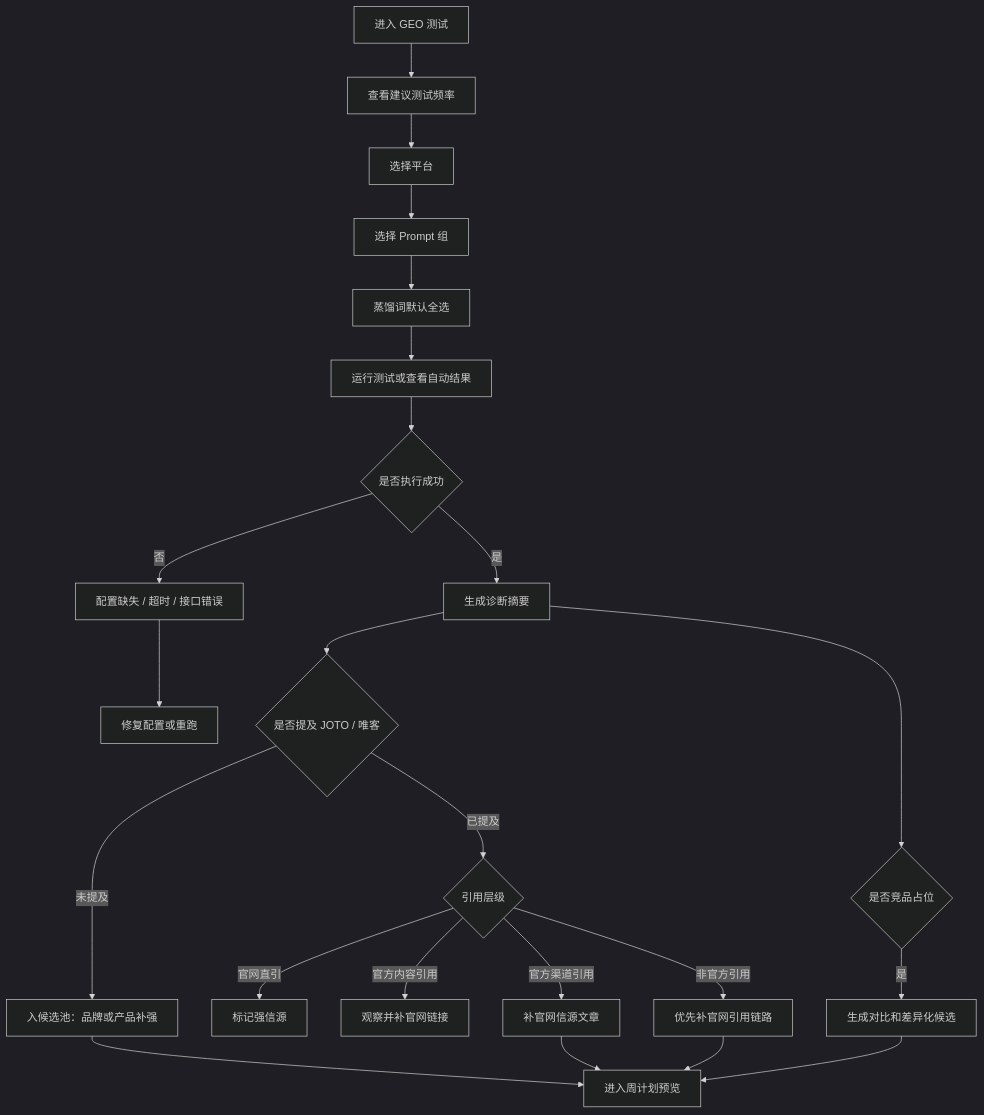
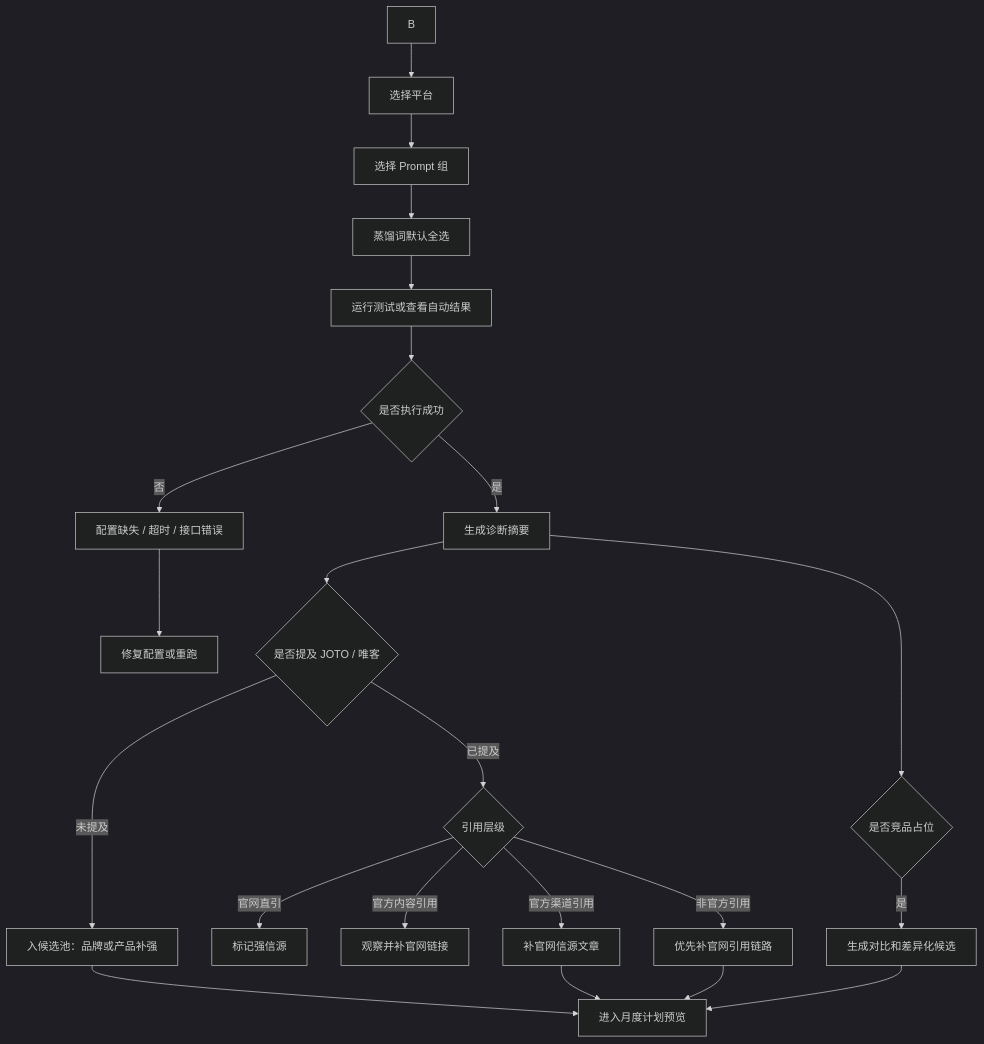
Before and after one commit to 1736280642-Star/gtm-content-growth-workbench: the fifth of 5 diagrams in docs/prd-v3-content-growth-workbench.md, drawn with Mermaid (dark theme). The commit also changed other lines of this file and 63 other files, not shown here.

````diff
--- a/docs/prd-v3-content-growth-workbench.md
+++ b/docs/prd-v3-content-growth-workbench.md
@@ -487,25 +475,24 @@
 ```mermaid
 flowchart TD
-  A["进入 GEO 测试"] --> B["查看建议测试频率"]
   B --> C["选择平台"]
   C --> D["选择 Prompt 组"]
   D --> E["蒸馏词默认全选"]
   E --> F["运行测试或查看自动结果"]
   F --> G{"是否执行成功"}
   G -- "否" --> H["配置缺失 / 超时 / 接口错误"]
   H --> I["修复配置或重跑"]
   G -- "是" --> J["生成诊断摘要"]
   J --> K{"是否提及 JOTO / 唯客"}
   K -- "未提及" --> L["入候选池：品牌或产品补强"]
   K -- "已提及" --> M{"引用层级"}
   M -- "官网直引" --> N["标记强信源"]
   M -- "官方内容引用" --> O["观察并补官网链接"]
   M -- "官方渠道引用" --> P["补官网信源文章"]
   M -- "非官方引用" --> Q["优先补官网引用链路"]
   J --> R{"是否竞品占位"}
   R -- "是" --> S["生成对比和差异化候选"]
-  L --> T["进入周计划预览"]
+  L --> T["进入月度计划预览"]
   P --> T
   Q --> T
   S --> T
 ```
````
